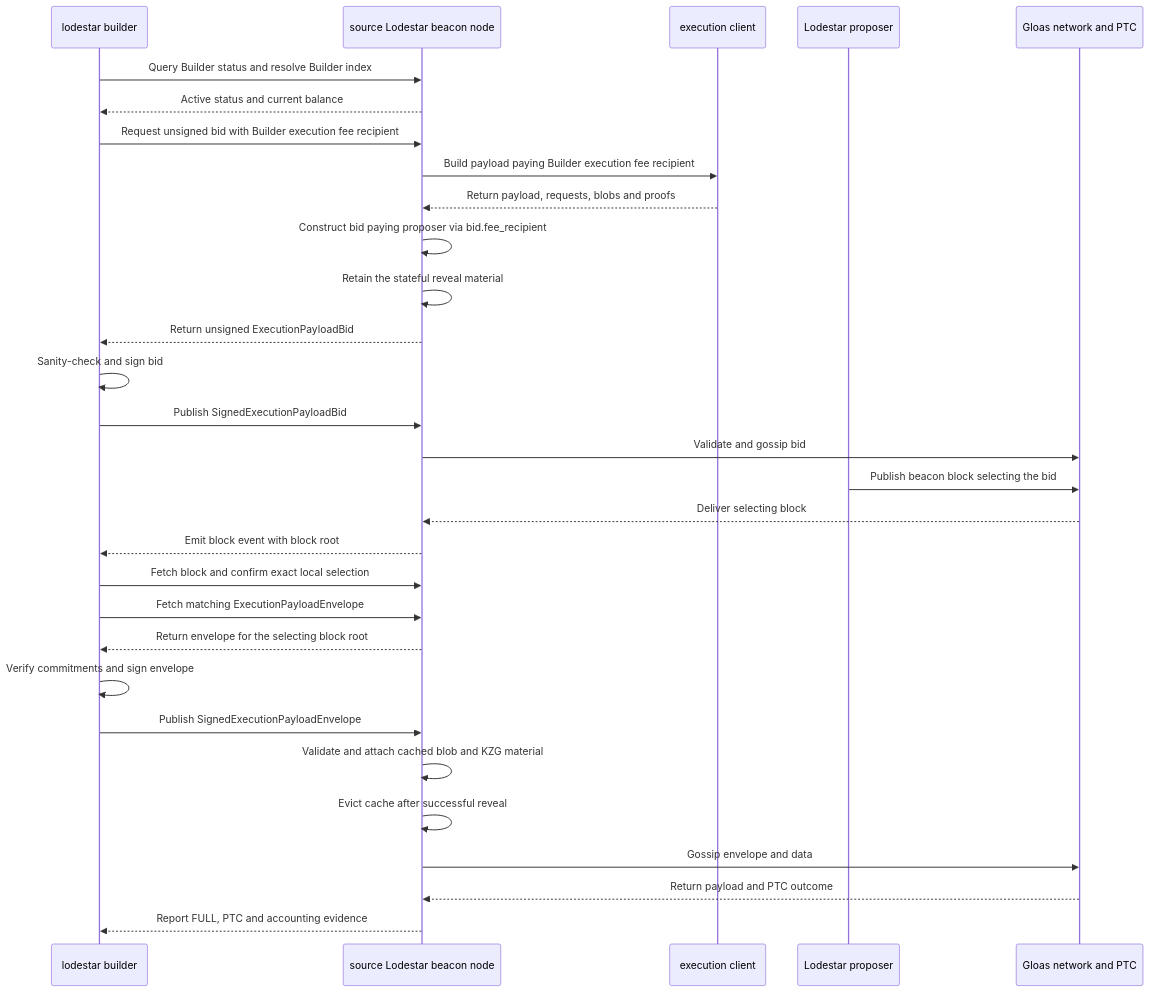
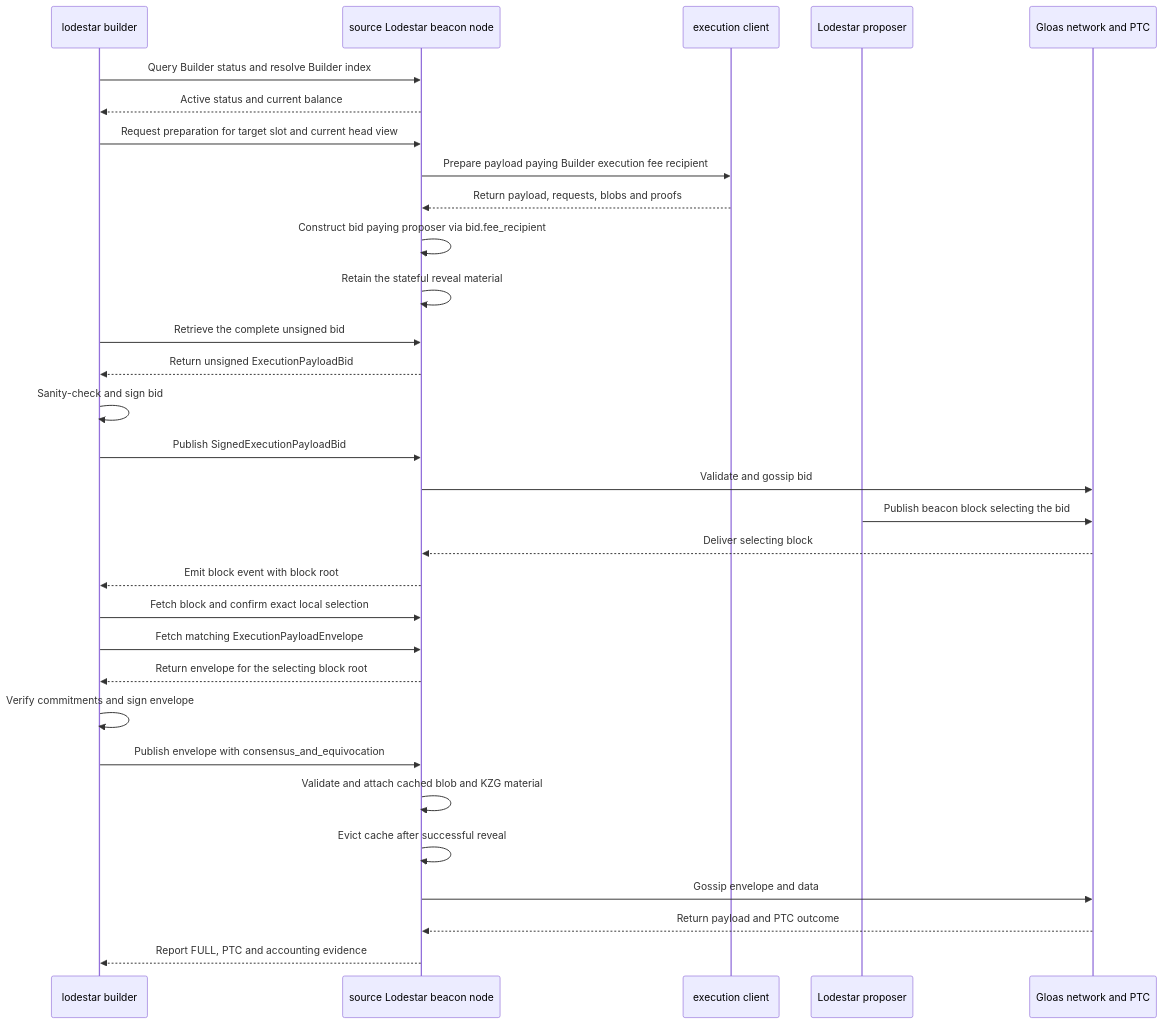
One commit to krisoshea-eth/lodestar-eip-7732-builder-docs changed the third of 16 diagrams in docs/implementation-plan.md. Above: the diagram before and after it, drawn with Mermaid. The commit also changed other lines of this file, not shown here.

````diff
--- a/docs/implementation-plan.md
+++ b/docs/implementation-plan.md
@@ -249,33 +252,34 @@
 ```mermaid
 sequenceDiagram
     participant Builder as lodestar builder
     participant Beacon as source Lodestar beacon node
     participant Engine as execution client
     participant Proposer as Lodestar proposer
     participant Network as Gloas network and PTC
 
     Builder->>Beacon: Query Builder status and resolve Builder index
     Beacon-->>Builder: Active status and current balance
-    Builder->>Beacon: Request unsigned bid with Builder execution fee recipient
-    Beacon->>Engine: Build payload paying Builder execution fee recipient
+    Builder->>Beacon: Request preparation for target slot and current head view
+    Beacon->>Engine: Prepare payload paying Builder execution fee recipient
     Engine-->>Beacon: Return payload, requests, blobs and proofs
     Beacon->>Beacon: Construct bid paying proposer via bid.fee_recipient
     Beacon->>Beacon: Retain the stateful reveal material
+    Builder->>Beacon: Retrieve the complete unsigned bid
     Beacon-->>Builder: Return unsigned ExecutionPayloadBid
     Builder->>Builder: Sanity-check and sign bid
     Builder->>Beacon: Publish SignedExecutionPayloadBid
     Beacon->>Network: Validate and gossip bid
     Proposer->>Network: Publish beacon block selecting the bid
     Network-->>Beacon: Deliver selecting block
     Beacon-->>Builder: Emit block event with block root
     Builder->>Beacon: Fetch block and confirm exact local selection
     Builder->>Beacon: Fetch matching ExecutionPayloadEnvelope
     Beacon-->>Builder: Return envelope for the selecting block root
     Builder->>Builder: Verify commitments and sign envelope
-    Builder->>Beacon: Publish SignedExecutionPayloadEnvelope
+    Builder->>Beacon: Publish envelope with consensus_and_equivocation
     Beacon->>Beacon: Validate and attach cached blob and KZG material
     Beacon->>Beacon: Evict cache after successful reveal
     Beacon->>Network: Gossip envelope and data
     Network-->>Beacon: Return payload and PTC outcome
     Beacon-->>Builder: Report FULL, PTC and accounting evidence
 ```
````
